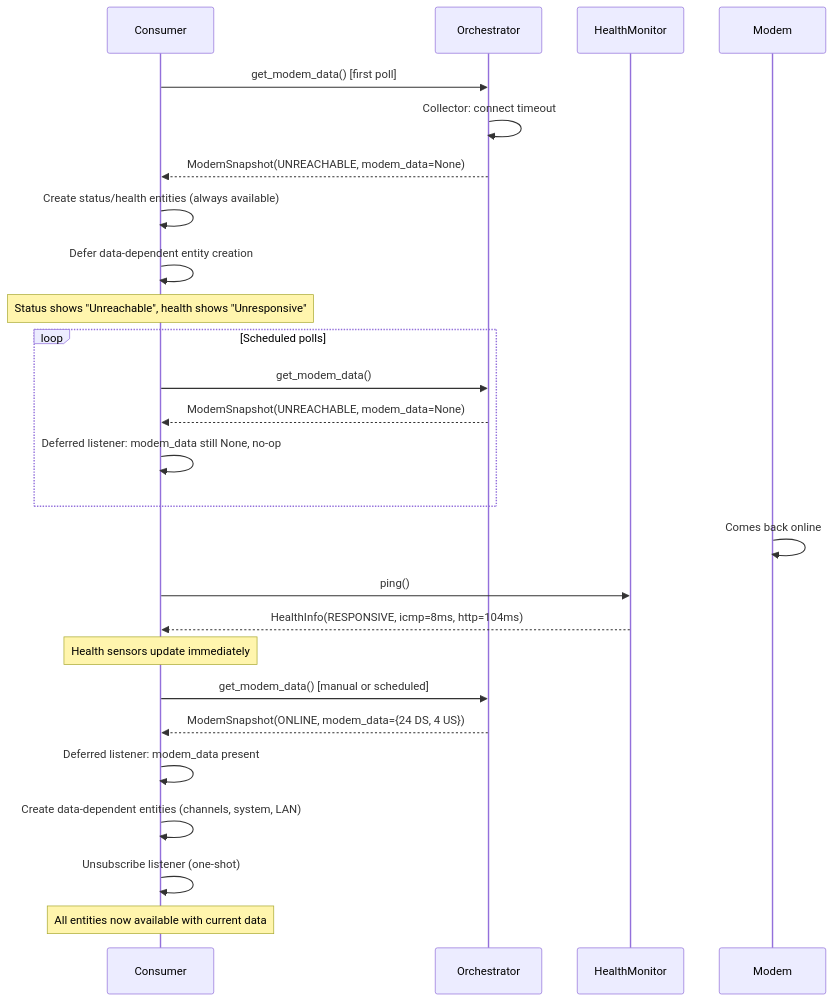
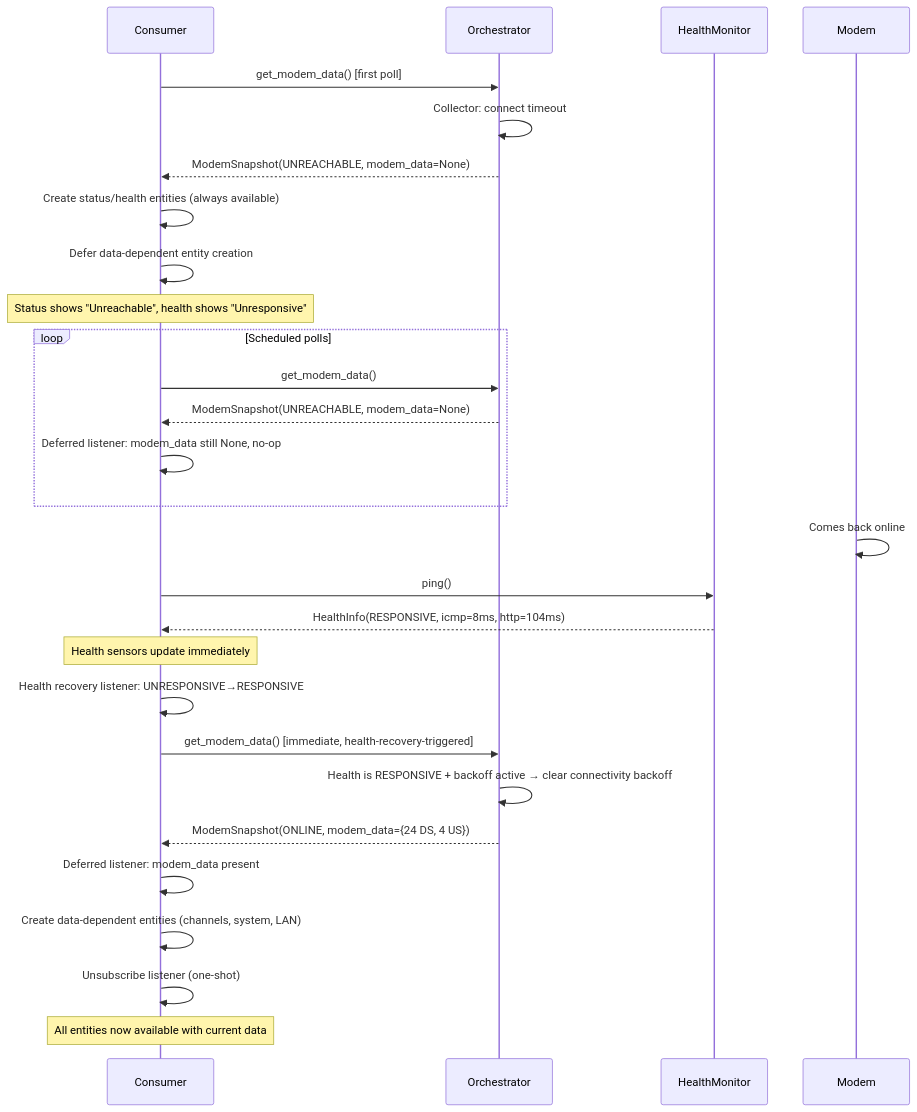
One commit to solentlabs/cable_modem_monitor changed the eighth of 8 diagrams in packages/cable_modem_monitor_core/docs/ORCHESTRATION_USE_CASES.md. Above: the diagram before and after it, drawn with Mermaid. The commit also changed other lines of this file and 11 other files, not shown here.

````diff
--- a/packages/cable_modem_monitor_core/docs/ORCHESTRATION_USE_CASES.md
+++ b/packages/cable_modem_monitor_core/docs/ORCHESTRATION_USE_CASES.md
@@ -1444,32 +1511,33 @@
 ```mermaid
 sequenceDiagram
     participant C as Consumer
     participant O as Orchestrator
     participant HM as HealthMonitor
     participant M as Modem
 
     C->>O: get_modem_data() [first poll]
     O->>O: Collector: connect timeout
     O-->>C: ModemSnapshot(UNREACHABLE, modem_data=None)
     C->>C: Create status/health entities (always available)
     C->>C: Defer data-dependent entity creation
     Note over C: Status shows "Unreachable", health shows "Unresponsive"
 
     loop Scheduled polls
         C->>O: get_modem_data()
         O-->>C: ModemSnapshot(UNREACHABLE, modem_data=None)
         C->>C: Deferred listener: modem_data still None, no-op
     end
 
     M->>M: Comes back online
     C->>HM: ping()
     HM-->>C: HealthInfo(RESPONSIVE, icmp=8ms, http=104ms)
     Note over C: Health sensors update immediately
-
-    C->>O: get_modem_data() [manual or scheduled]
+    C->>C: Health recovery listener: UNRESPONSIVE→RESPONSIVE
+    C->>O: get_modem_data() [immediate, health-recovery-triggered]
+    O->>O: Health is RESPONSIVE + backoff active → clear connectivity backoff
     O-->>C: ModemSnapshot(ONLINE, modem_data={24 DS, 4 US})
     C->>C: Deferred listener: modem_data present
     C->>C: Create data-dependent entities (channels, system, LAN)
     C->>C: Unsubscribe listener (one-shot)
     Note over C: All entities now available with current data
 ```
````
